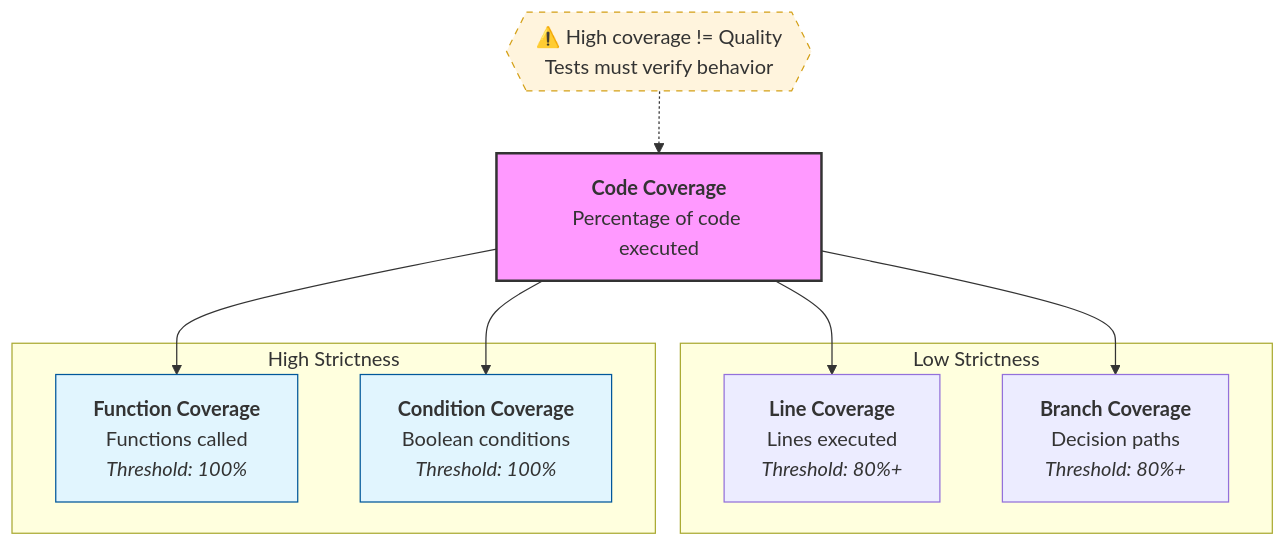
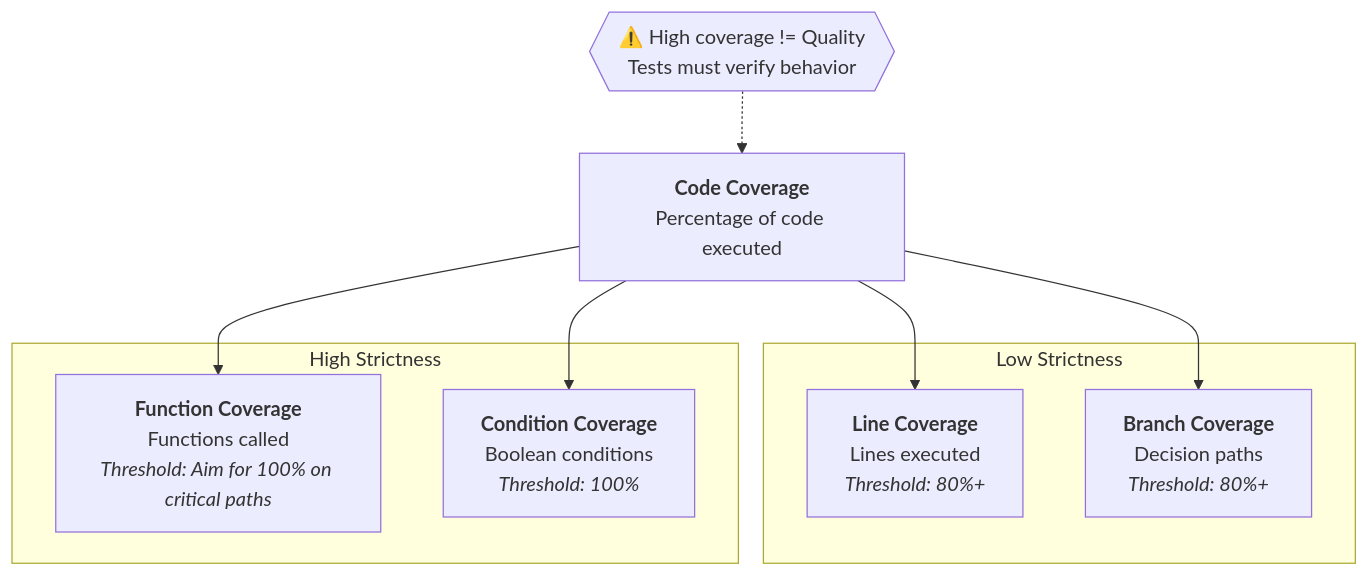
One commit to akardapolov/software-atlas changed the fifth of 10 diagrams in docs/topics/process/index.md. Above: the diagram before and after it, drawn with Mermaid. The commit also changed other lines of this file and 1 other file, not shown here.

````diff
--- a/docs/topics/process/index.md
+++ b/docs/topics/process/index.md
@@ -805,27 +488,20 @@
 ```mermaid
 graph TD
     CC[<b>Code Coverage</b><br/>Percentage of code executed] --> LC
     CC --> BC
     CC --> FC
     CC --> CondC
 
     subgraph "Low Strictness"
     LC[<b>Line Coverage</b><br/>Lines executed<br/><i>Threshold: 80%+</i>]
     BC[<b>Branch Coverage</b><br/>Decision paths<br/><i>Threshold: 80%+</i>]
     end
 
     subgraph "High Strictness"
-    FC[<b>Function Coverage</b><br/>Functions called<br/><i>Threshold: 100%</i>]
+    FC[<b>Function Coverage</b><br/>Functions called<br/><i>Threshold: Aim for 100% on critical paths</i>]
     CondC[<b>Condition Coverage</b><br/>Boolean conditions<br/><i>Threshold: 100%</i>]
     end
 
-    %% Warning Note
     Warning{{⚠️ High coverage != Quality<br/>Tests must verify behavior}}
     Warning -.-> CC
-
-    %% Styling
-    style CC fill:#f9f,stroke:#333,stroke-width:2px
-    style Warning fill:#fff4dd,stroke:#d4a017,stroke-dasharray: 5 5
-    style FC fill:#e1f5fe,stroke:#01579b
-    style CondC fill:#e1f5fe,stroke:#01579b
 ```
````
